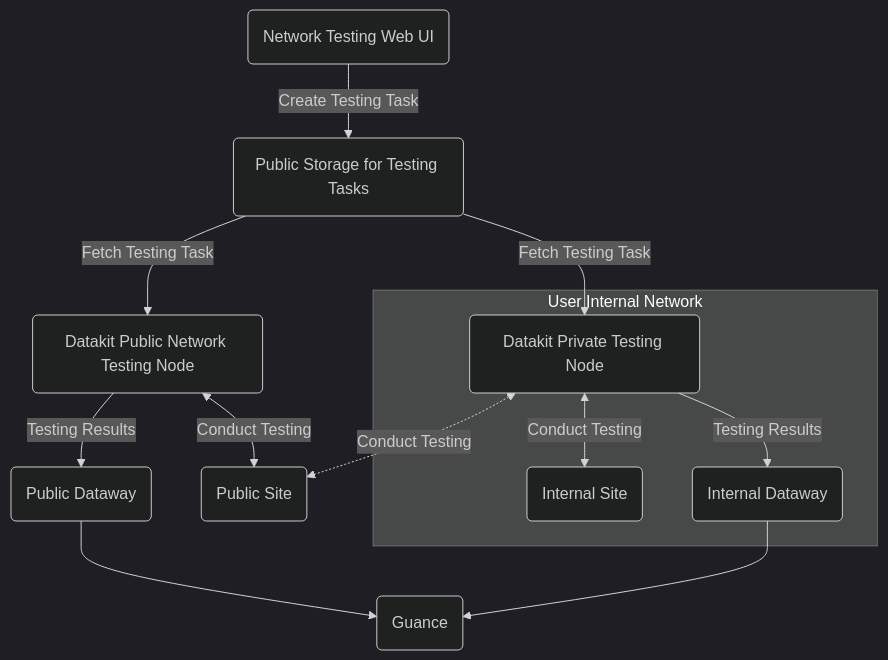
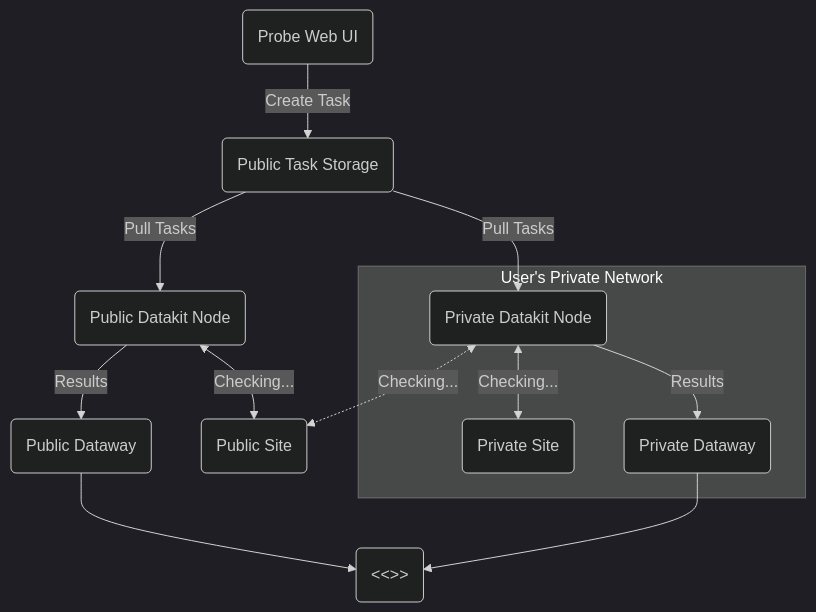
One commit to GuanceCloud/guance-docs changed the diagram in docs/en/integrations/dialtesting.md. Above: the diagram before and after it, drawn with Mermaid (dark theme). The commit also changed other lines of this file and 286 other files, not shown here.

````diff
--- a/docs/en/integrations/dialtesting.md
+++ b/docs/en/integrations/dialtesting.md
@@ -142,27 +141,26 @@
 ```mermaid
 graph TD
   %% node definitions
-  dt_web(Network Testing Web UI);
-  dt_db(Public Storage for Testing Tasks);
-  dt_pub(Datakit Public Network Testing Node);
-  dt_pri(Datakit Private Testing Node);
-  site_inner(Internal Site);
-  site_pub(Public Site);
-  dw_inner(Internal Dataway);
-  dw_pub(Public Dataway);
-  guance(Guance);
+  dt_web(Probe Web UI)
+  dt_db(Public Task Storage)
+  dt_pub(Public Datakit Node)
+  dt_pri(Private Datakit Node)
+  site_inner(Private Site)
+  site_pub(Public Site)
+  dw_inner(Private Dataway)
+  dw_pub(Public Dataway)
+  server(<<<custom_key.brand_name>>>)
 
-  %%%%%%%%%%%%%%%%%%%%%%%%%%%%%%%
+  %%%%%%%%%%%%%%%%%%%%%%%%%%%%%%%%
+  dt_web -->|Create Task| dt_db;
+  dt_db -->|Pull Tasks| dt_pub -->|Results| dw_pub --> server;
+  dt_db -->|Pull Tasks| dt_pri;
+  dt_pub <-->|Checking...| site_pub;
 
-  dt_web -->|Create Testing Task| dt_db;
-  dt_db -->|Fetch Testing Task| dt_pub -->|Testing Results| dw_pub --> guance;
-  dt_db -->|Fetch Testing Task| dt_pri;
-  dt_pub <-->|Conduct Testing| site_pub;
-
-  dt_pri <-.->|Conduct Testing| site_pub;
-  dw_inner --> guance;
-  subgraph "User Internal Network"
-  dt_pri <-->|Conduct Testing| site_inner;
-  dt_pri -->|Testing Results| dw_inner;
+  dt_pri <-.->|Checking...| site_pub;
+  dw_inner --> server;
+  subgraph "User's Private Network"
+  dt_pri <-->|Checking...| site_inner;
+  dt_pri -->|Results| dw_inner;
   end
 ```
````
